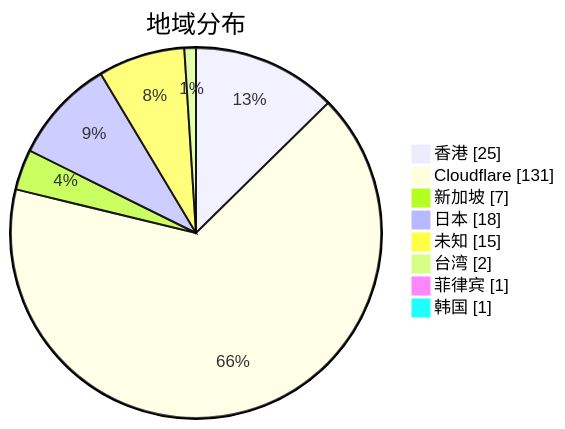
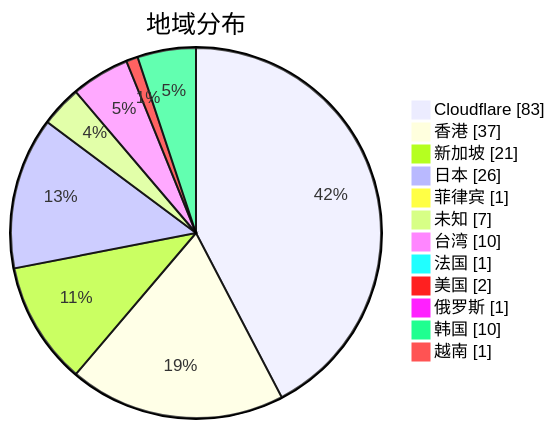
The second of 3 diagrams in subs/statistics/tested_within.md (qjlxg/airport), drawn with Mermaid before and after one commit. The commit also changed other lines of this file and 2 other files, not shown here.

````diff
--- a/subs/statistics/tested_within.md
+++ b/subs/statistics/tested_within.md
@@ -12,12 +11,16 @@
 ```mermaid
 pie showData
 title 地域分布
-"香港" : 25
-"Cloudflare" : 131
-"新加坡" : 7
-"日本" : 18
-"未知" : 15
-"台湾" : 2
+"Cloudflare" : 83
+"香港" : 37
+"新加坡" : 21
+"日本" : 26
 "菲律宾" : 1
-"韩国" : 1
+"未知" : 7
+"台湾" : 10
+"法国" : 1
+"美国" : 2
+"俄罗斯" : 1
+"韩国" : 10
+"越南" : 1
 ```
````
